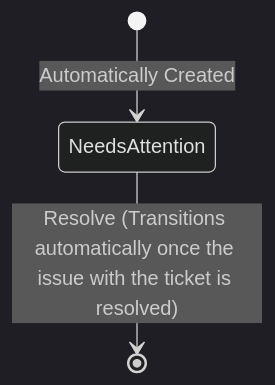
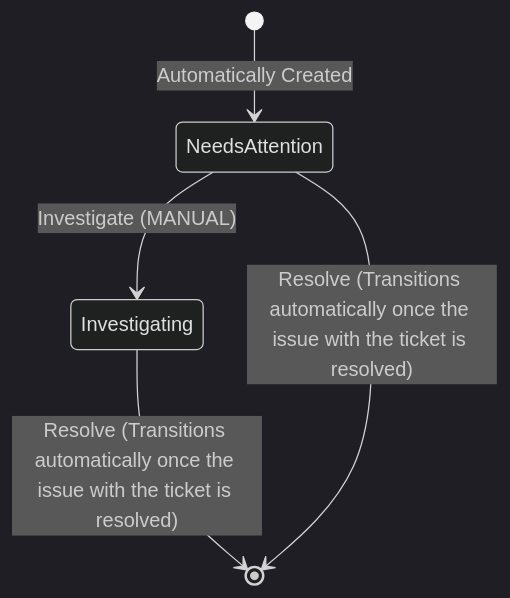
One commit to NyanHelsing/nyanhelsing.github.io changed the fourth of 9 diagrams in workflow.md. Above: the diagram before and after it, drawn with Mermaid (dark theme). The commit also changed other lines of this file, not shown here.

Commit message:
Investigating states and adds spike

````diff
--- a/workflow.md
+++ b/workflow.md
@@ -127,5 +139,7 @@
 ```mermaid
 stateDiagram-v2
     [*] --> NeedsAttention: Automatically Created
+    NeedsAttention --> Investigating: Investigate (MANUAL)
+    Investigating --> [*]: Resolve (Transitions automatically once the issue with the ticket is resolved)
     NeedsAttention --> [*]: Resolve (Transitions automatically once the issue with the ticket is resolved)
 ```
````
